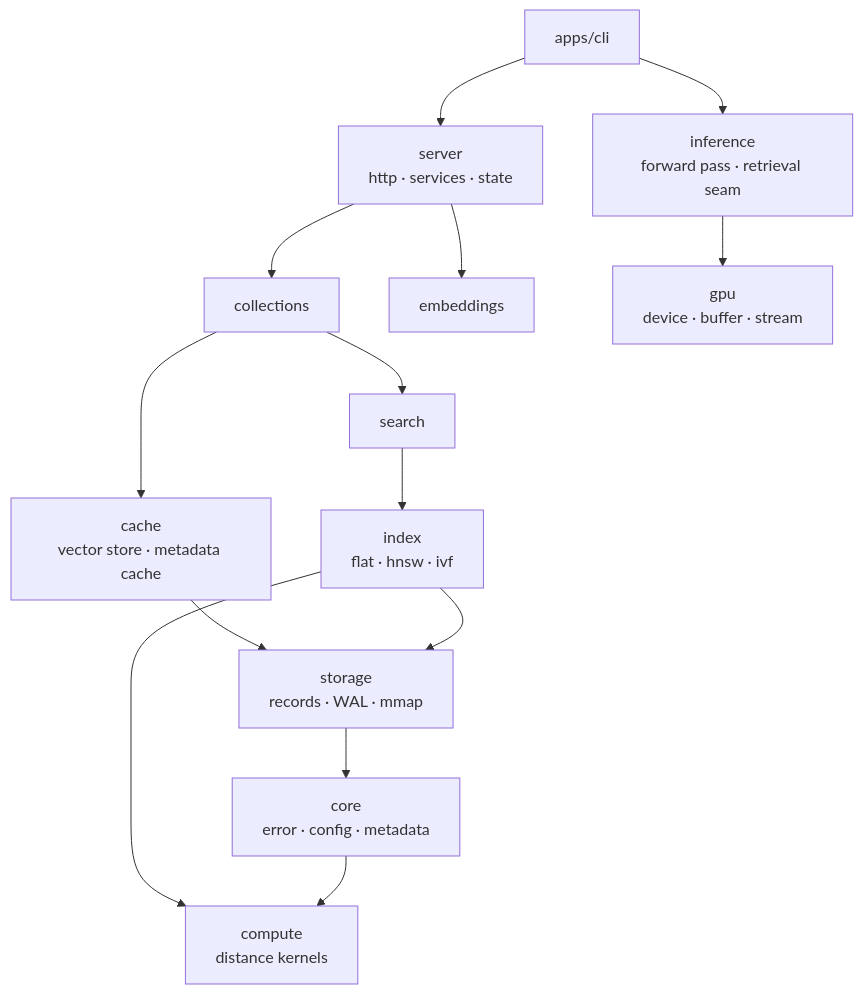
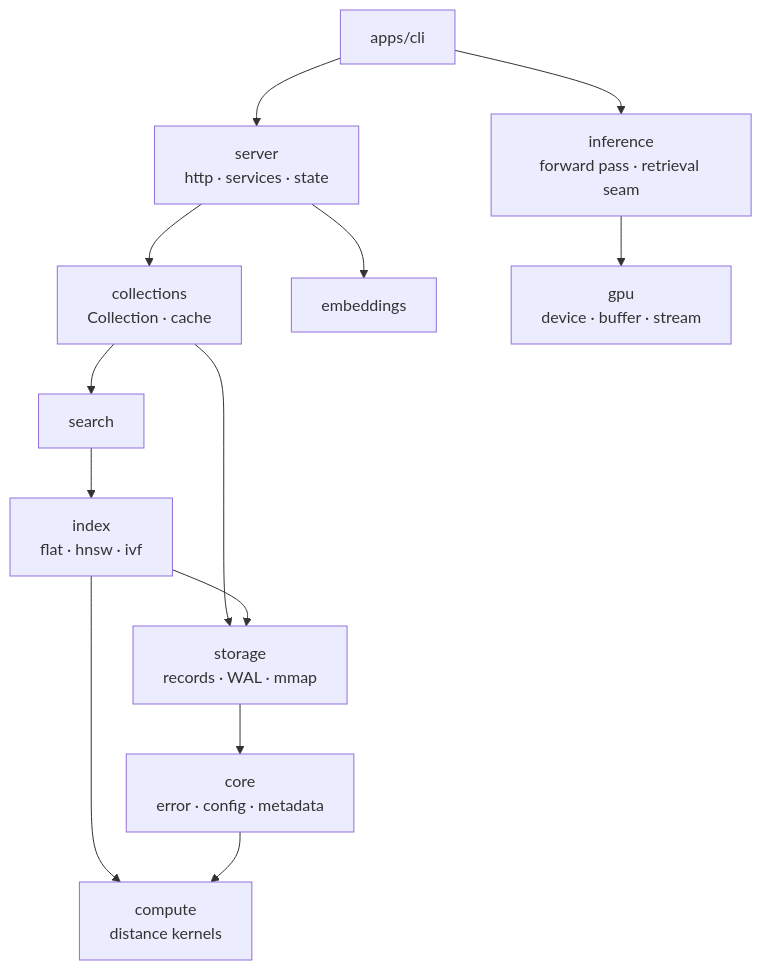
One commit to ashworks1706/Piramid changed the diagram in README.md. Above: the diagram before and after it, drawn with Mermaid. The commit also changed other lines of this file and 20 other files, not shown here.

First line of the commit message:
Fold piramid-cache back into collections; list the managers in the facade

````diff
--- a/README.md
+++ b/README.md
@@ -40,29 +40,27 @@
 ```mermaid
 flowchart TD
     CLI[apps/cli]
     Server[server<br/>http · services · state]
     Inference[inference<br/>forward pass · retrieval seam]
-    Collections[collections]
-    Cache[cache<br/>vector store · metadata cache]
+    Collections[collections<br/>Collection · cache]
     Embeddings[embeddings]
     Search[search]
     Index[index<br/>flat · hnsw · ivf]
     Storage[storage<br/>records · WAL · mmap]
     Core[core<br/>error · config · metadata]
     Compute[compute<br/>distance kernels]
     Gpu[gpu<br/>device · buffer · stream]
 
     CLI --> Server
     CLI --> Inference
     Server --> Collections
     Server --> Embeddings
     Inference --> Gpu
     Collections --> Search
-    Collections --> Cache
-    Cache --> Storage
+    Collections --> Storage
     Search --> Index
     Index --> Storage
     Index --> Compute
     Storage --> Core
     Core --> Compute
 ```
````
